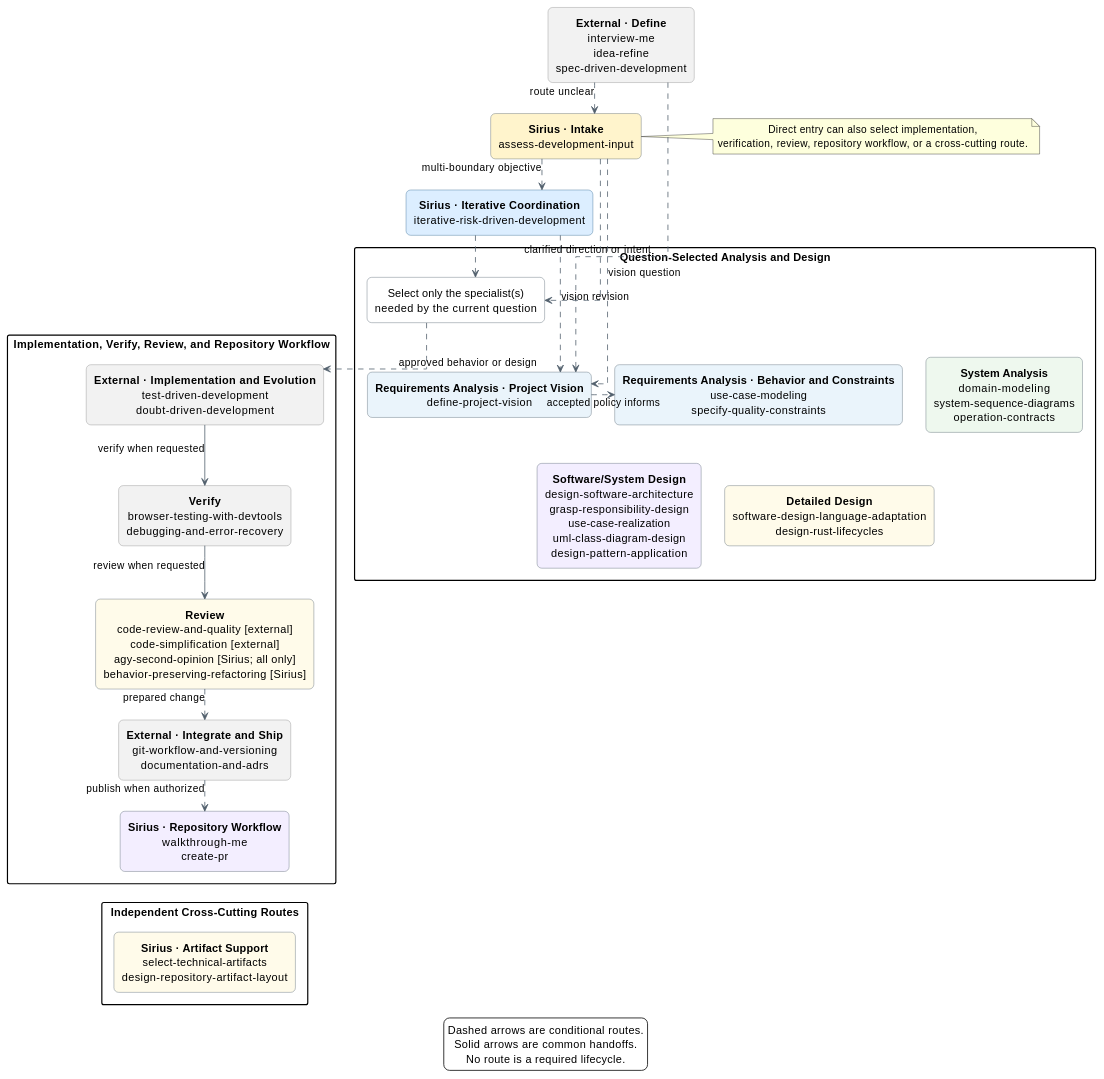
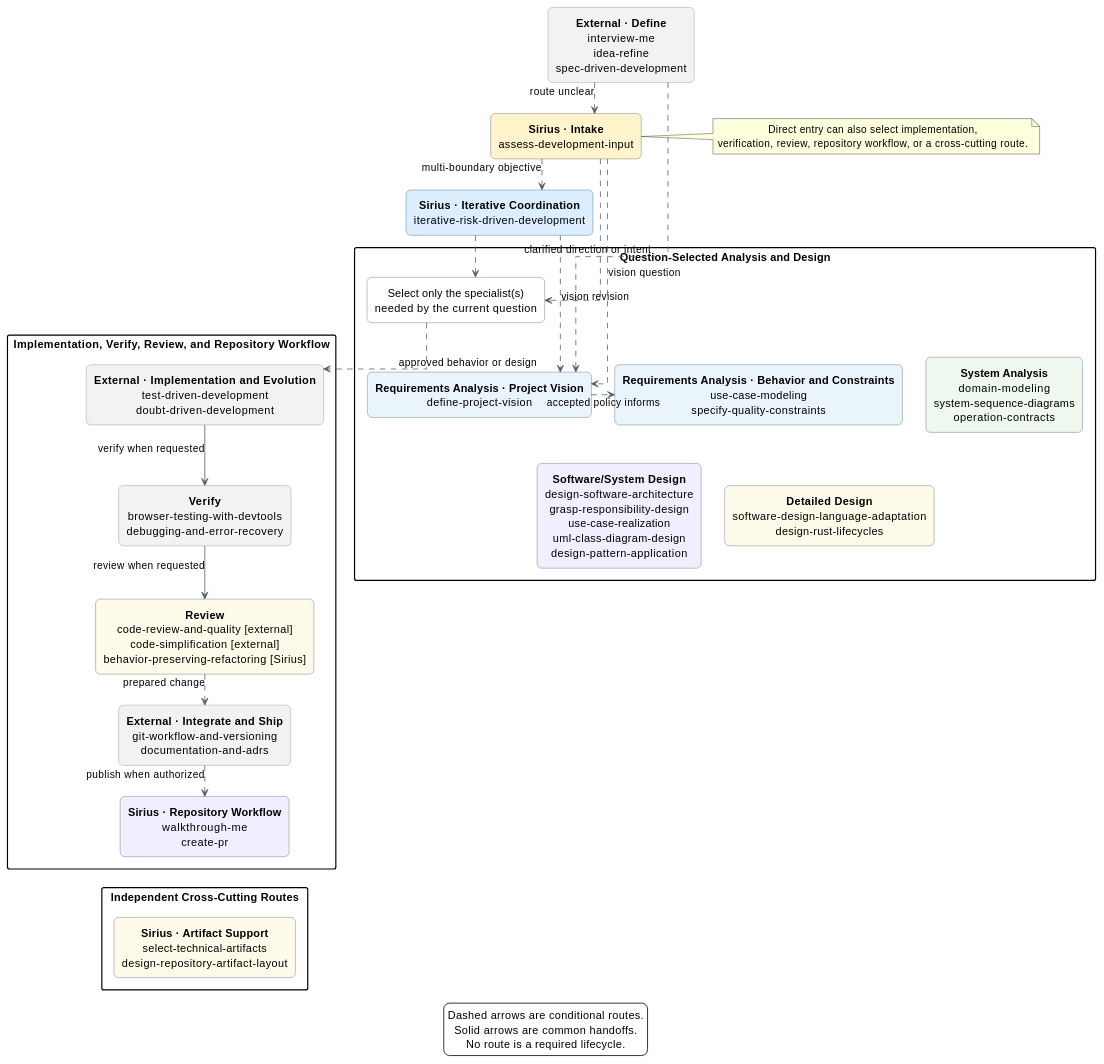
The first of 4 diagrams in catalog/skill-relationships.md (sirius-cc-wu/sirius-skills), drawn with PlantUML before and after one commit. The commit also changed other lines of this file and 13 other files, not shown here.

Commit message:
refactor(skills): remove agy-second-opinion and record in retirement ledger

```diff
--- a/catalog/skill-relationships.md
+++ b/catalog/skill-relationships.md
@@ -117,7 +117,6 @@
   **Review**
   code-review-and-quality [external]
   code-simplification [external]
-  agy-second-opinion [Sirius; all only]
   behavior-preserving-refactoring [Sirius]
   ]
   rectangle integrate <<external>> [
```
